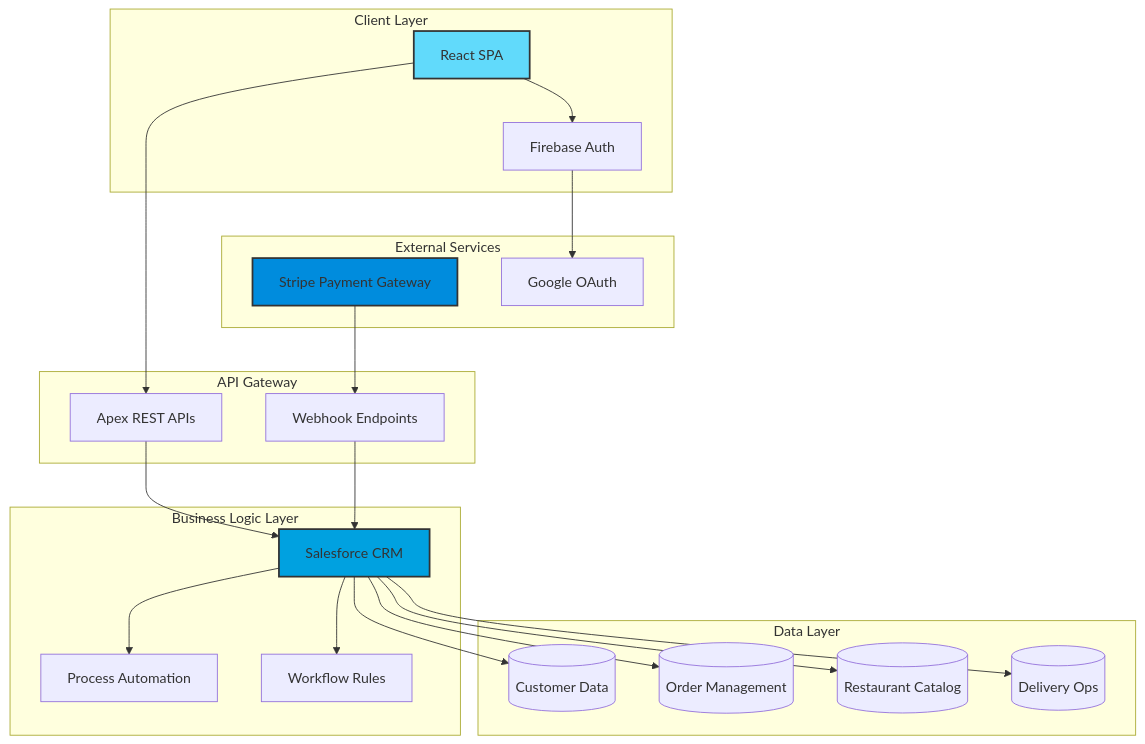
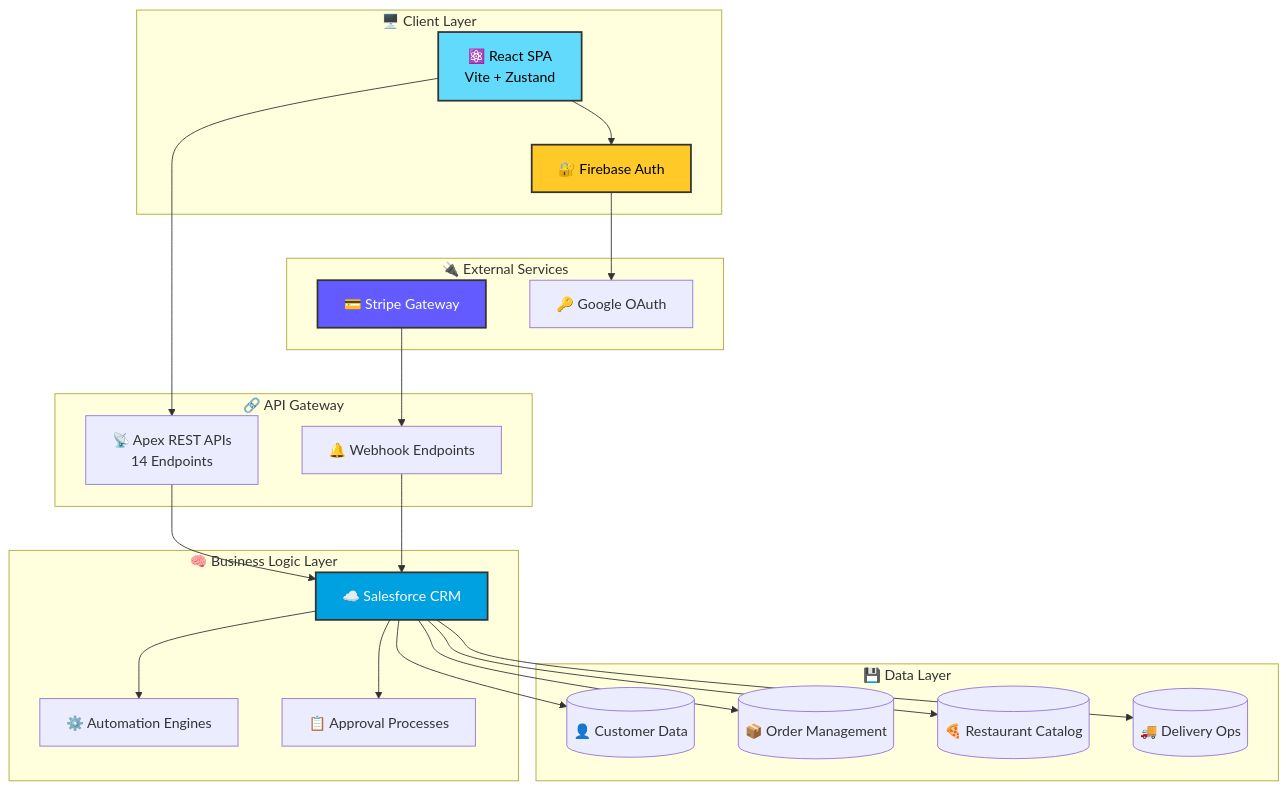
One commit to Varunshiyam/QUICK-PLATE-CRM changed the first of 3 diagrams in readme.md. Above: the diagram before and after it, drawn with Mermaid. The commit also changed other lines of this file, not shown here.

Commit message:
docs: premium README redesign with modular sections, Salesforce architecture, and animated contributors showcase

````diff
--- a/readme.md
+++ b/readme.md
@@ -119,47 +149,48 @@
 ```mermaid
 graph TB
-    subgraph "Client Layer"
-        A[React SPA]
-        B[Firebase Auth]
+    subgraph "🖥️ Client Layer"
+        A["⚛️ React SPA<br/>Vite + Zustand"]
+        B["🔐 Firebase Auth"]
     end
     
-    subgraph "API Gateway"
-        C[Apex REST APIs]
-        D[Webhook Endpoints]
+    subgraph "🔗 API Gateway"
+        C["📡 Apex REST APIs<br/>14 Endpoints"]
+        D["🔔 Webhook Endpoints"]
     end
     
-    subgraph "Business Logic Layer"
-        E[Salesforce CRM]
-        F[Process Automation]
-        G[Workflow Rules]
+    subgraph "🧠 Business Logic Layer"
+        E["☁️ Salesforce CRM"]
+        F["⚙️ Automation Engines"]
+        G["📋 Approval Processes"]
     end
     
-    subgraph "External Services"
-        H[Stripe Payment Gateway]
-        I[Google OAuth]
+    subgraph "🔌 External Services"
+        H["💳 Stripe Gateway"]
+        I["🔑 Google OAuth"]
     end
     
-    subgraph "Data Layer"
-        J[(Customer Data)]
-        K[(Order Management)]
-        L[(Restaurant Catalog)]
-        M[(Delivery Ops)]
+    subgraph "💾 Data Layer"
+        J[("👤 Customer Data")]
+        K[("📦 Order Management")]
+        L[("🍕 Restaurant Catalog")]
+        M[("🚚 Delivery Ops")]
     end
     
     A --> B
     A --> C
     B --> I
     C --> E
     H --> D
     D --> E
     E --> F
     E --> G
     E --> J
     E --> K
     E --> L
     E --> M
     
-    style A fill:#61DAFB,stroke:#333,stroke-width:2px
-    style E fill:#00A1E0,stroke:#333,stroke-width:2px
-    style H fill:#008CDD,stroke:#333,stroke-width:2px
+    style A fill:#61DAFB,stroke:#333,stroke-width:2px,color:#000
+    style E fill:#00A1E0,stroke:#333,stroke-width:2px,color:#fff
+    style H fill:#635BFF,stroke:#333,stroke-width:2px,color:#fff
+    style B fill:#FFCA28,stroke:#333,stroke-width:2px,color:#000
 ```
````
